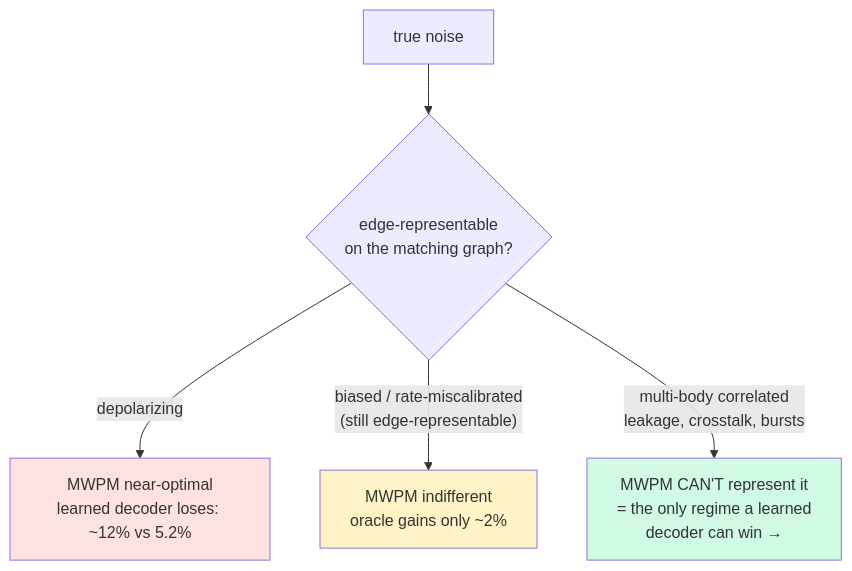
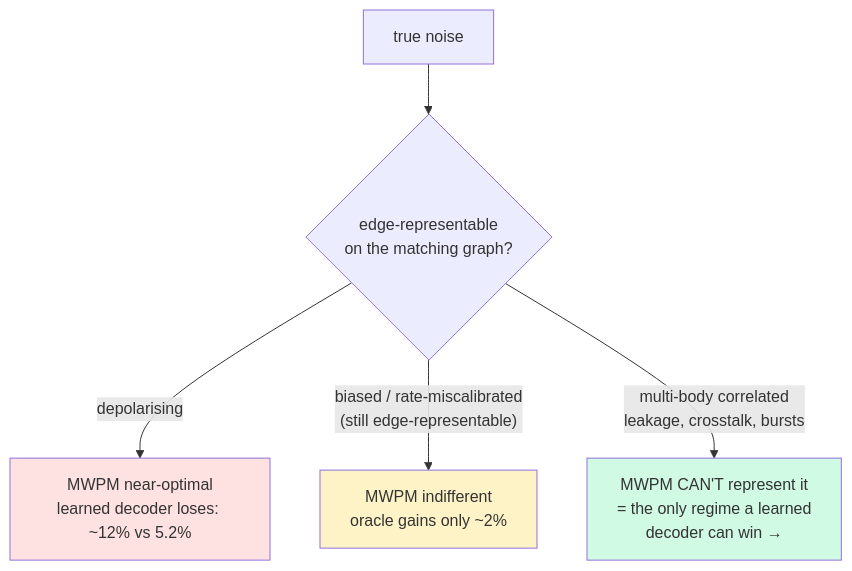
The third of 3 diagrams in README.md (LieBieS/qec-decoder), drawn with Mermaid before and after one commit. The commit also changed other lines of this file and 7 other files, not shown here.

````diff
--- a/README.md
+++ b/README.md
@@ -45,10 +45,10 @@
 ```mermaid
 flowchart TD
     N[true noise] --> Q{edge-representable<br/>on the matching graph?}
-    Q -->|depolarizing| A[MWPM near-optimal<br/>learned decoder loses: ~12% vs 5.2%]
+    Q -->|depolarising| A[MWPM near-optimal<br/>learned decoder loses: ~12% vs 5.2%]
     Q -->|"biased / rate-miscalibrated<br/>(still edge-representable)"| B[MWPM indifferent<br/>oracle gains only ~2%]
     Q -->|"multi-body correlated<br/>leakage, crosstalk, bursts"| C["MWPM CAN'T represent it<br/>= the only regime a learned<br/>decoder can win →"]
     style A fill:#fee2e2
     style B fill:#fef3c7
     style C fill:#d1fae5
 ```
````
